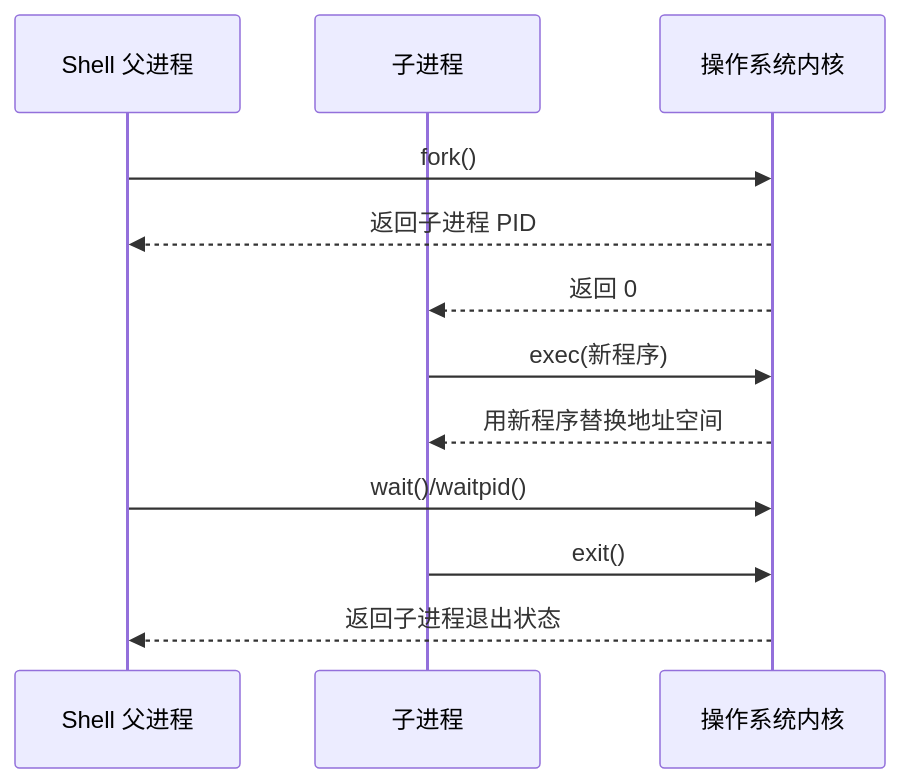
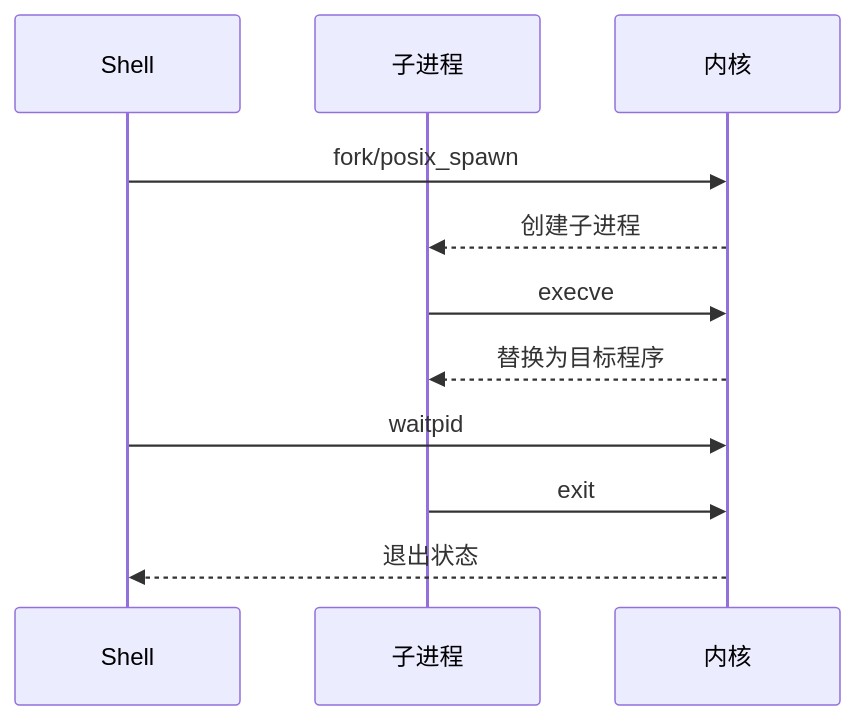
Diagram 13 of 36 in blog/os_review.md (Fizgrad/fizgrad.github.io), drawn with Mermaid before and after one commit. The commit also changed other lines of this file and 1 other file, not shown here.

````diff
--- a/blog/os_review.md
+++ b/blog/os_review.md
@@ -3110,15 +3138,14 @@
 ```mermaid
 sequenceDiagram
-    participant Shell as Shell 父进程
+    participant Shell as Shell
     participant Child as 子进程
-    participant Kernel as 操作系统内核
+    participant Kernel as 内核
 
-    Shell->>Kernel: fork()
-    Kernel-->>Shell: 返回子进程 PID
-    Kernel-->>Child: 返回 0
-    Child->>Kernel: exec(新程序)
-    Kernel-->>Child: 用新程序替换地址空间
-    Shell->>Kernel: wait()/waitpid()
-    Child->>Kernel: exit()
-    Kernel-->>Shell: 返回子进程退出状态
+    Shell->>Kernel: fork/posix_spawn
+    Kernel-->>Child: 创建子进程
+    Child->>Kernel: execve
+    Kernel-->>Child: 替换为目标程序
+    Shell->>Kernel: waitpid
+    Child->>Kernel: exit
+    Kernel-->>Shell: 退出状态
 ```
````
